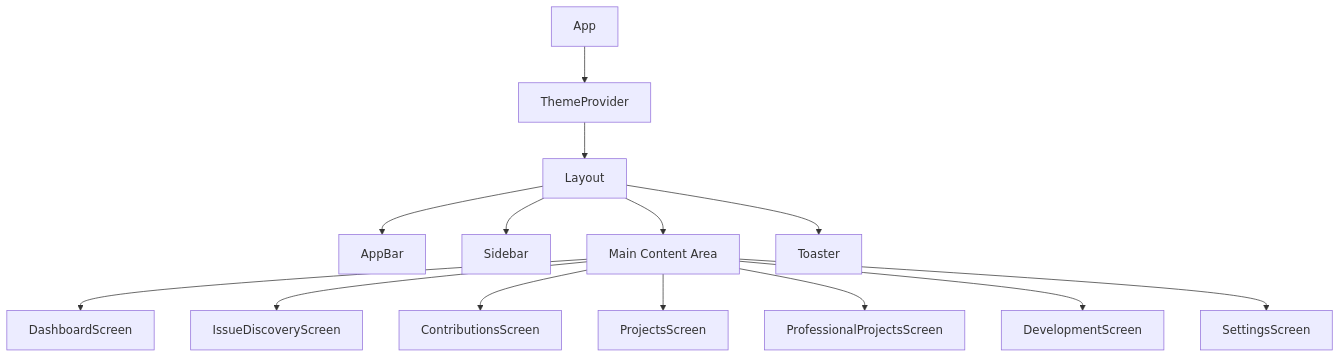
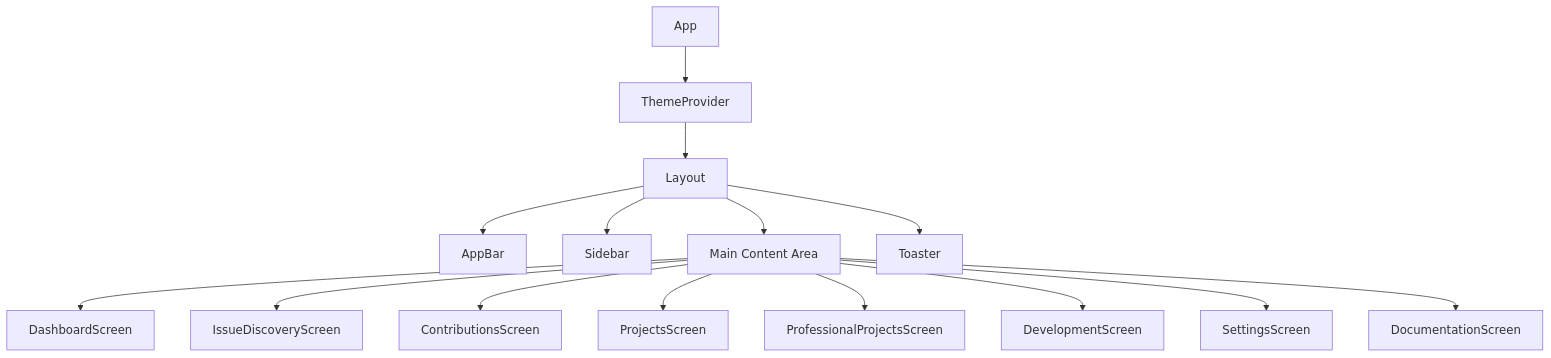
Before and after one commit to strawhatluka/cola-records: the first of 14 diagrams in docs/architecture/component-hierarchy.md, drawn with Mermaid. The commit also changed other lines of this file and 5 other files, not shown here.

````diff
--- a/docs/architecture/component-hierarchy.md
+++ b/docs/architecture/component-hierarchy.md
@@ -14,18 +14,19 @@
 ```mermaid
 graph TD
     App[App] --> ThemeProvider[ThemeProvider]
     ThemeProvider --> Layout[Layout]
 
     Layout --> AppBar[AppBar]
     Layout --> Sidebar[Sidebar]
     Layout --> MainContent[Main Content Area]
     Layout --> Toaster[Toaster]
 
     MainContent --> DashboardScreen[DashboardScreen]
     MainContent --> IssueDiscoveryScreen[IssueDiscoveryScreen]
     MainContent --> ContributionsScreen[ContributionsScreen]
     MainContent --> ProjectsScreen[ProjectsScreen]
     MainContent --> ProfessionalProjectsScreen[ProfessionalProjectsScreen]
     MainContent --> DevelopmentScreen[DevelopmentScreen]
     MainContent --> SettingsScreen[SettingsScreen]
+    MainContent --> DocumentationScreen[DocumentationScreen]
 ```
````
